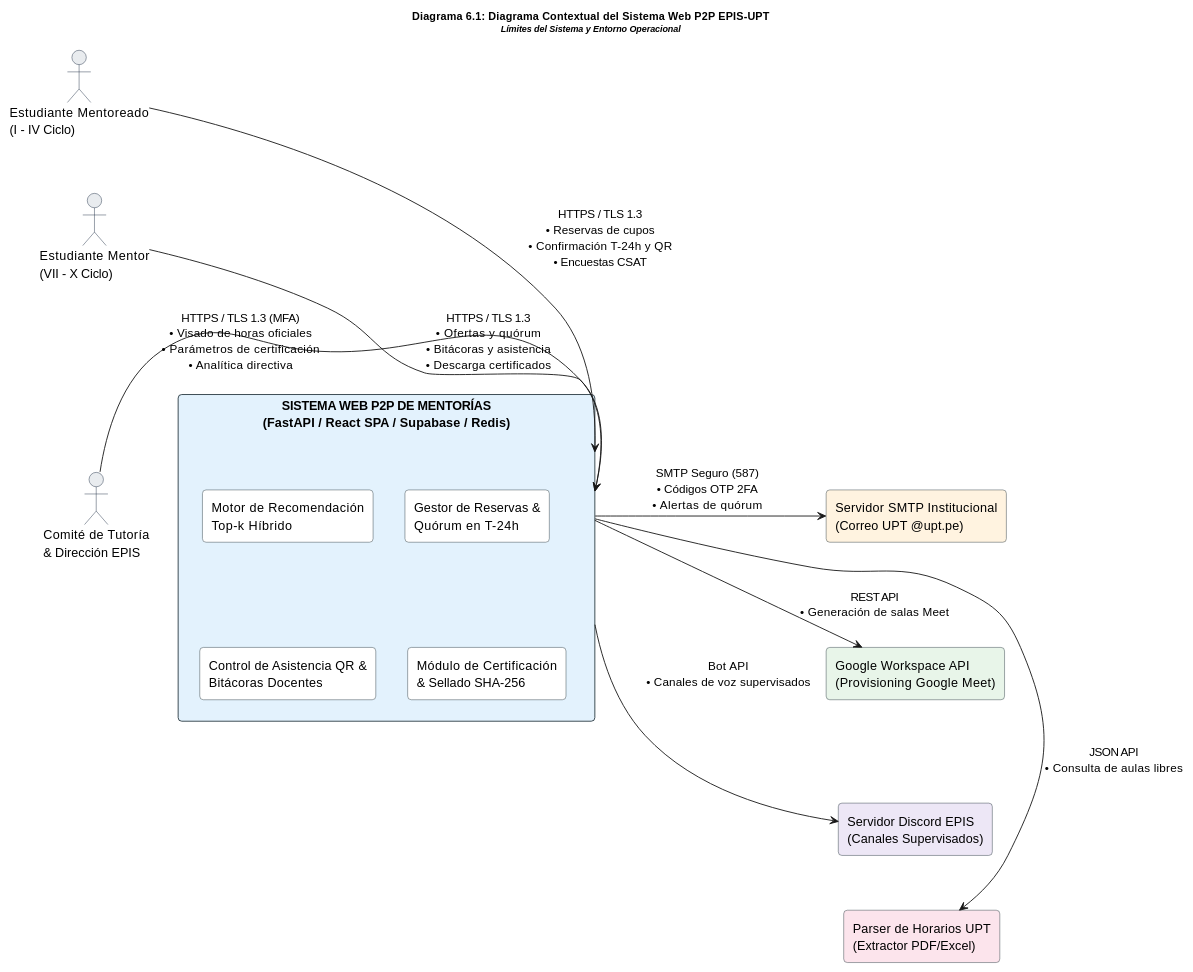
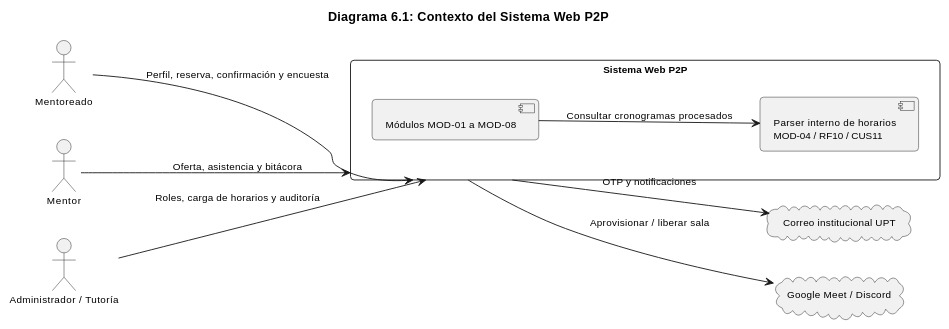
One commit to JMedina255/sistema_web_p2p changed the seventh of 12 diagrams in docs/FD04-EPIS-Informe SAD de Proyecto.md. Above: the diagram before and after it, drawn with PlantUML. The commit also changed other lines of this file and 5 other files, not shown here.

````diff
--- a/docs/FD04-EPIS-Informe SAD de Proyecto.md
+++ b/docs/FD04-EPIS-Informe SAD de Proyecto.md
@@ -852,68 +905,25 @@
 ```plantuml
 @startuml
-title <size:12><b>Diagrama 6.1: Diagrama Contextual del Sistema Web P2P EPIS-UPT</b></size>\n<size:10><i>Límites del Sistema y Entorno Operacional</i></size>
-
+title Diagrama 6.1: Contexto del Sistema Web P2P
 skinparam shadowing false
+skinparam defaultFontName Arial
 skinparam roundcorner 8
-skinparam defaultFontName Arial
-skinparam fontSize 10
-
-skinparam rectangle {
-    BackgroundColor #F8F9FA
-    BorderColor #2B3A42
+skinparam defaultFontSize 11
+left to right direction
+actor "Mentoreado" as Alumno
+actor "Mentor" as Mentor
+actor "Administrador / Tutoría" as Admin
+rectangle "Sistema Web P2P" as Core {
+  component "Módulos MOD-01 a MOD-08" as Modulos
+  component "Parser interno de horarios\nMOD-04 / RF10 / CUS11" as Parser
+  Modulos --> Parser : Consultar cronogramas procesados
 }
-
-skinparam actor {
-    BackgroundColor #E9ECEF
-    BorderColor #1D2D44
-}
-
-' ===================================================
-' COLUMNA IZQUIERDA: ACTORES HUMANOS
-' ===================================================
-together {
-    actor "Estudiante Mentoreado\n(I - IV Ciclo)" as Alumno
-    actor "Estudiante Mentor\n(VII - X Ciclo)" as Mentor
-    actor "Comité de Tutoría\n& Dirección EPIS" as Admin
-}
-
-Alumno -[hidden]down-> Mentor
-Mentor -[hidden]down-> Admin
-
-' ===================================================
-' COLUMNA CENTRAL: SISTEMA WEB P2P (NÚCLEO)
-' ===================================================
-rectangle "SISTEMA WEB P2P DE MENTORÍAS\n(FastAPI / React SPA / Supabase / Redis)" as Core #E3F2FD {
-    rectangle "Motor de Recomendación\nTop-k Híbrido" as RecEngine #FFFFFF
-    rectangle "Gestor de Reservas &\nQuórum en T-24h" as QuorumEngine #FFFFFF
-    rectangle "Control de Asistencia QR &\nBitácoras Docentes" as LogEngine #FFFFFF
-    rectangle "Módulo de Certificación\n& Sellado SHA-256" as CertEngine #FFFFFF
-}
-
-' ===================================================
-' COLUMNA DERECHA: SISTEMAS EXTERNOS
-' ===================================================
-together {
-    rectangle "Servidor SMTP Institucional\n(Correo UPT @upt.pe)" as SMTP #FFF3E0
-    rectangle "Google Workspace API\n(Provisioning Google Meet)" as MeetAPI #E8F5E9
-    rectangle "Servidor Discord EPIS\n(Canales Supervisados)" as DiscordBot #EDE7F6
-    rectangle "Parser de Horarios UPT\n(Extractor PDF/Excel)" as Parser #FCE4EC
-}
-
-SMTP -[hidden]down-> MeetAPI
-MeetAPI -[hidden]down-> DiscordBot
-DiscordBot -[hidden]down-> Parser
-
-' ===================================================
-' INTERACCIONES
-' ===================================================
-Alumno -right-> Core : HTTPS / TLS 1.3\n• Reservas de cupos\n• Confirmación T-24h y QR\n• Encuestas CSAT
-Mentor -right-> Core : HTTPS / TLS 1.3\n• Ofertas y quórum\n• Bitácoras y asistencia\n• Descarga certificados
-Admin -right-> Core : HTTPS / TLS 1.3 (MFA)\n• Visado de horas oficiales\n• Parámetros de certificación\n• Analítica directiva
-
-Core -right-> SMTP : SMTP Seguro (587)\n• Códigos OTP 2FA\n• Alertas de quórum
-Core -right-> MeetAPI : REST API\n• Generación de salas Meet
-Core -right-> DiscordBot : Bot API\n• Canales de voz supervisados
-Core -right-> Parser : JSON API\n• Consulta de aulas libres
+cloud "Correo institucional UPT" as SMTP
+cloud "Google Meet / Discord" as Virtual
+Alumno --> Core : Perfil, reserva, confirmación y encuesta
+Mentor --> Core : Oferta, asistencia y bitácora
+Admin --> Core : Roles, carga de horarios y auditoría
+Core --> SMTP : OTP y notificaciones
+Core --> Virtual : Aprovisionar / liberar sala
 @enduml
 ```
````
